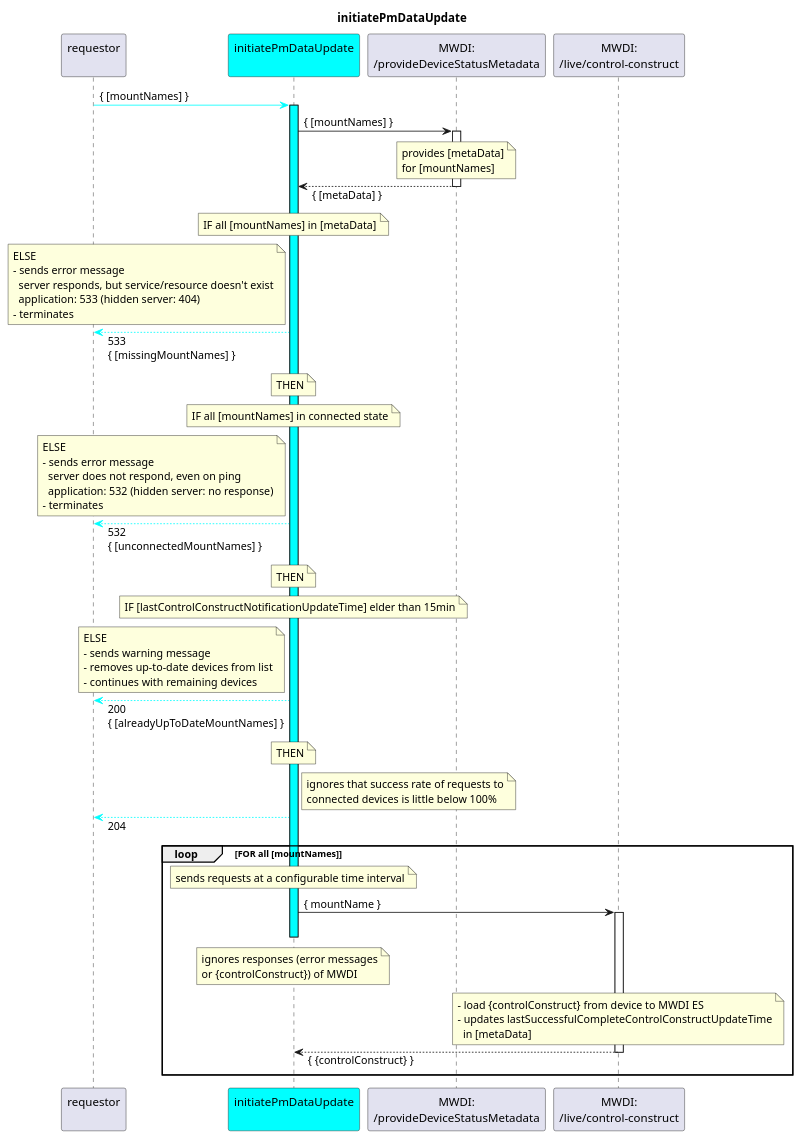
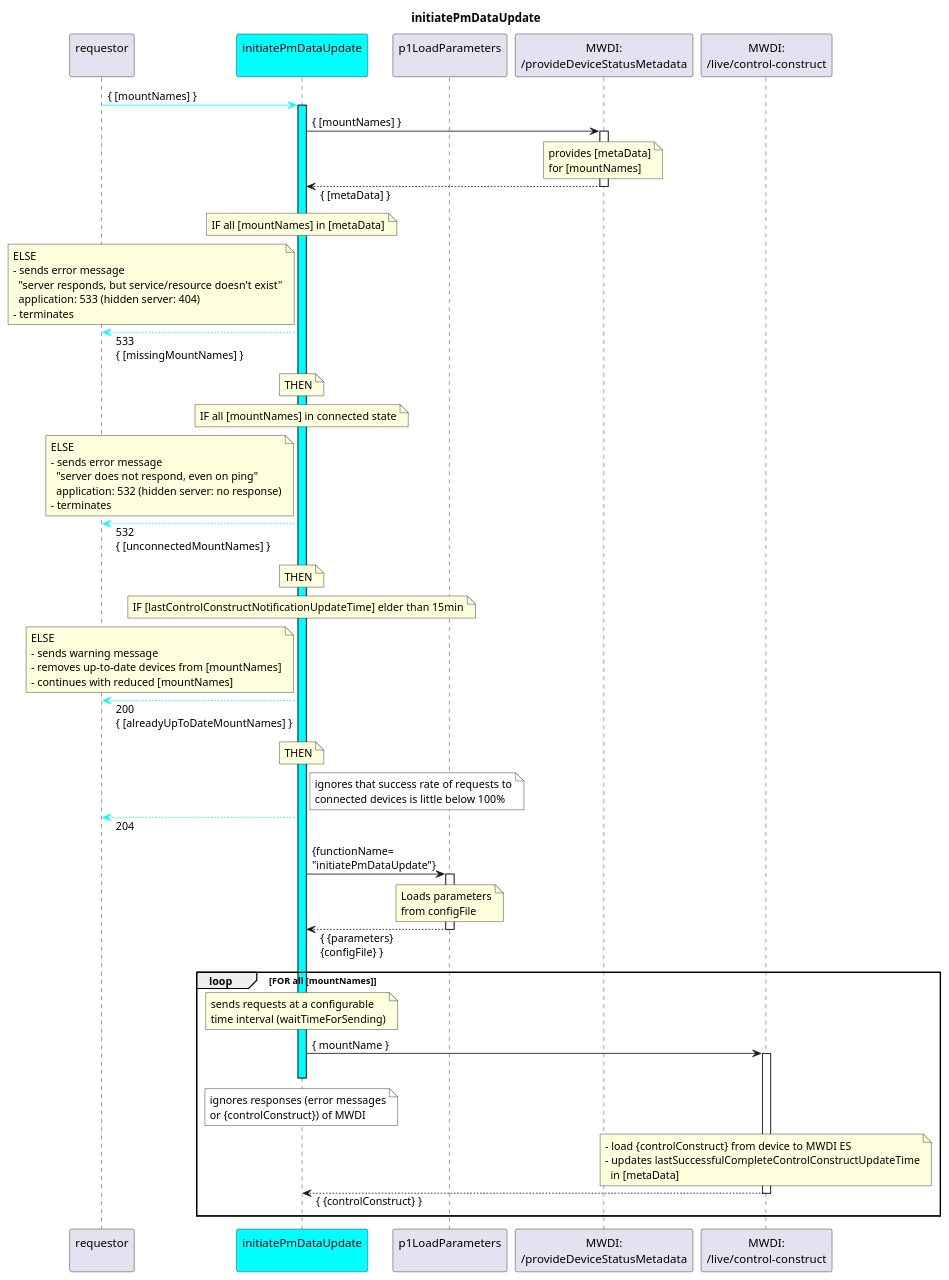
The diagram in spec/Services/initiatePmDataUpdate/1.0.0/initiatePmDataUpdate.plantuml (openBackhaul/DevicePerformanceManagementDataProcessor), drawn with PlantUML before and after one commit. The commit also changed 27 other files, not shown here.

Commit message:
Add initiatePmDataUpdate service (fixes #76)

```diff
--- a/spec/Services/initiatePmDataUpdate/1.0.0/initiatePmDataUpdate.plantuml
+++ b/spec/Services/initiatePmDataUpdate/1.0.0/initiatePmDataUpdate.plantuml
@@ -1,101 +1,112 @@
 @startuml initiatePmDataUpdate
 skinparam responseMessageBelowArrow true
 
 title
   initiatePmDataUpdate
 end title
 
 participant "requestor\n" as tool
 participant "initiatePmDataUpdate\n" as initUpdate #Cyan
+participant "p1LoadParameters\n" as p1LoadParams
 participant "MWDI:\n/provideDeviceStatusMetadata" as mwdiMeta
 participant "MWDI:\n/live/control-construct" as mwdiLive
 
 tool -[#Cyan]> initUpdate : { [mountNames] }
 activate initUpdate #Cyan
 
   initUpdate -> mwdiMeta : { [mountNames] }
   activate mwdiMeta
     note over mwdiMeta
       provides [metaData]
       for [mountNames]
     end note
   initUpdate <-- mwdiMeta : { [metaData] }
   deactivate mwdiMeta
 
   note over initUpdate
     IF all [mountNames] in [metaData]
   end note
   note left initUpdate
     ELSE
     - sends error message
-      server responds, but service/resource doesn't exist
+      "server responds, but service/resource doesn't exist"
       application: 533 (hidden server: 404)
     - terminates
   end note
   tool <-[#Cyan]- initUpdate : 533\n{ [missingMountNames] }
   note over initUpdate
     THEN
   end note
 
   note over initUpdate
     IF all [mountNames] in connected state
   end note
   note left initUpdate
     ELSE
     - sends error message
-      server does not respond, even on ping
+      "server does not respond, even on ping"
       application: 532 (hidden server: no response)
     - terminates
   end note
   tool <-[#Cyan]- initUpdate : 532\n{ [unconnectedMountNames] }
   note over initUpdate
     THEN
   end note
 
   note over initUpdate
     IF [lastControlConstructNotificationUpdateTime] elder than 15min
   end note
   note left initUpdate
     ELSE
     - sends warning message
-    - removes up-to-date devices from list
-    - continues with remaining devices
+    - removes up-to-date devices from [mountNames]
+    - continues with reduced [mountNames]
   end note
   tool <-[#Cyan]- initUpdate : 200\n{ [alreadyUpToDateMountNames] }
   note over initUpdate
     THEN
   end note
 
-  note right initUpdate
+  note right initUpdate #White
     ignores that success rate of requests to
     connected devices is little below 100%  
   end note
   tool <-[#Cyan]- initUpdate : 204
 
+  initUpdate -> p1LoadParams : {functionName=\n"initiatePmDataUpdate"}
+  activate p1LoadParams
+    note over p1LoadParams
+      Loads parameters
+      from configFile
+    end note
+  initUpdate <-- p1LoadParams : { {parameters}\n{configFile} }
+  deactivate p1LoadParams
+
   loop FOR all [mountNames]
 
     note over initUpdate
-      sends requests at a configurable time interval
+      sends requests at a configurable
+      time interval (waitTimeForSending)
     end note
 
     initUpdate -> mwdiLive : { mountName }
     activate mwdiLive
 
 deactivate initUpdate
-note over initUpdate
+note over initUpdate #White
   ignores responses (error messages
   or {controlConstruct}) of MWDI
 end note
 
       note over mwdiLive
         - load {controlConstruct} from device to MWDI ES
         - updates lastSuccessfulCompleteControlConstructUpdateTime
           in [metaData]
       end note
 
     initUpdate <-- mwdiLive : { {controlConstruct} }
     deactivate mwdiLive
 
   end loop
 
 @enduml
```
